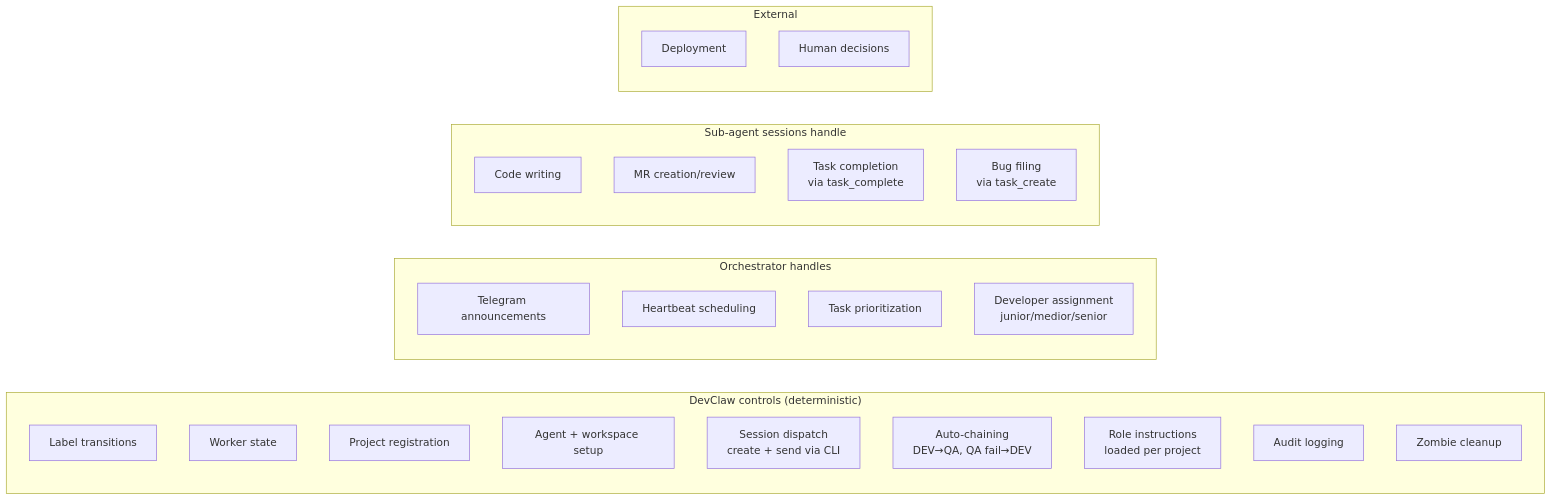
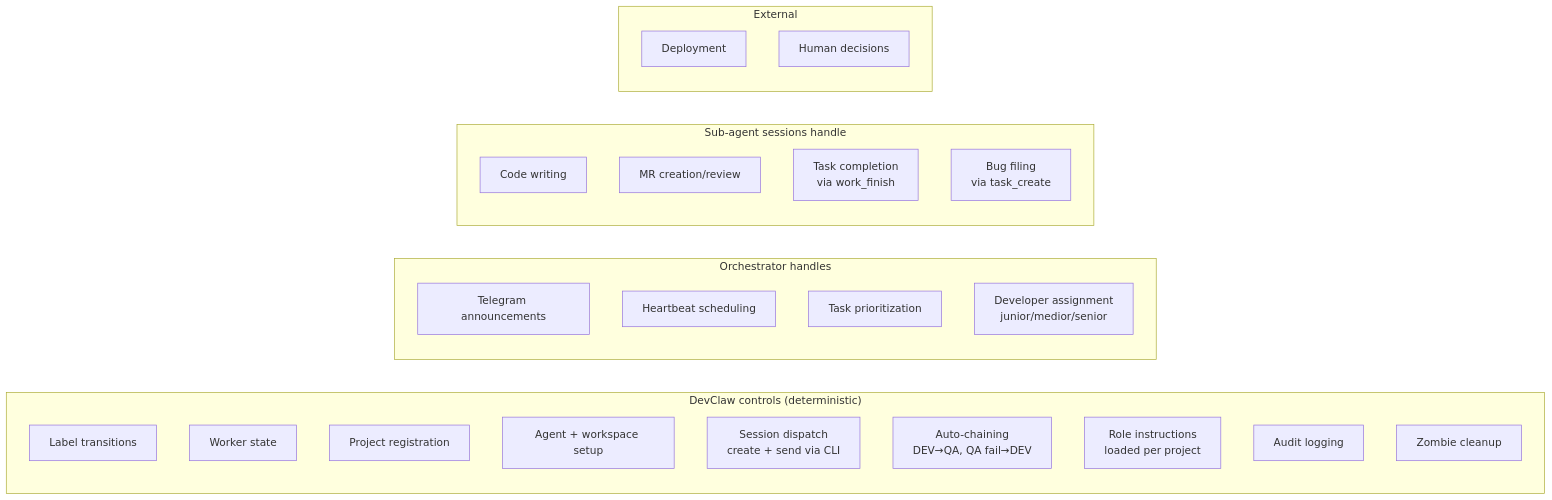
Before and after one commit to StrongheartedX/devclaw: the tenth of 10 diagrams in docs/ARCHITECTURE.md, drawn with Mermaid. The commit also changed other lines of this file and 10 other files, not shown here.

````diff
--- a/docs/ARCHITECTURE.md
+++ b/docs/ARCHITECTURE.md
@@ -532,33 +531,33 @@
 ```mermaid
 graph LR
     subgraph "DevClaw controls (deterministic)"
         L[Label transitions]
         S[Worker state]
         PR[Project registration]
         SETUP[Agent + workspace setup]
         SD[Session dispatch<br/>create + send via CLI]
         AC[Auto-chaining<br/>DEV→QA, QA fail→DEV]
         RI[Role instructions<br/>loaded per project]
         A[Audit logging]
         Z[Zombie cleanup]
     end
 
     subgraph "Orchestrator handles"
         MSG[Telegram announcements]
         HB[Heartbeat scheduling]
         DEC[Task prioritization]
         M[Developer assignment<br/>junior/medior/senior]
     end
 
     subgraph "Sub-agent sessions handle"
         CR[Code writing]
         MR[MR creation/review]
-        TC_W[Task completion<br/>via task_complete]
+        WF_W[Task completion<br/>via work_finish]
         BUG[Bug filing<br/>via task_create]
     end
 
     subgraph "External"
         DEPLOY[Deployment]
         HR[Human decisions]
     end
 ```
````
